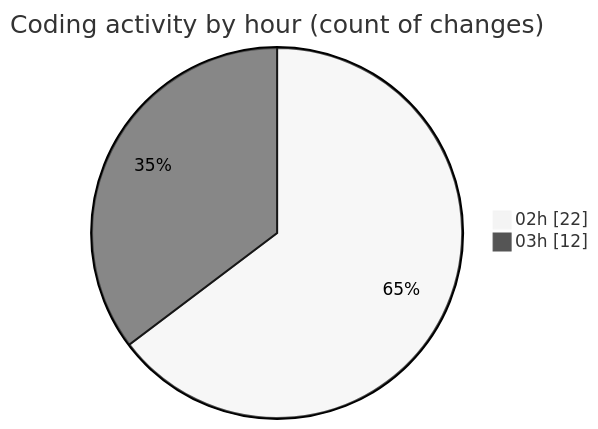
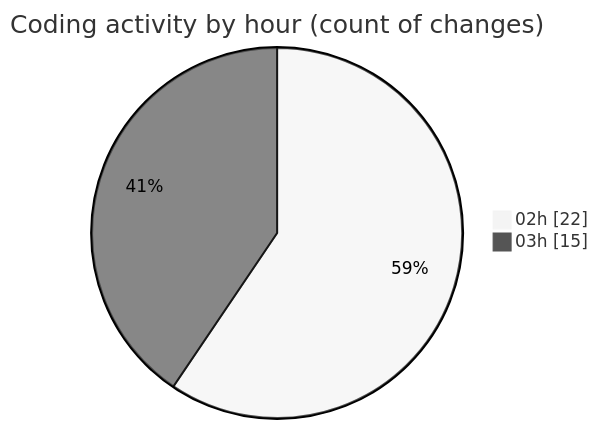
The second of 2 diagrams in 2025-07-11/ribbon/README.md (EIIisD/code-tracking), drawn with Mermaid (neutral theme) before and after one commit. The commit also changed other lines of this file and 1 other file, not shown here.

````diff
--- a/2025-07-11/ribbon/README.md
+++ b/2025-07-11/ribbon/README.md
@@ -39,6 +39,6 @@
 ```mermaid
 pie showData
 title Coding activity by hour (count of changes)
 "02h" : 22
-"03h" : 12
+"03h" : 15
 ```
````
